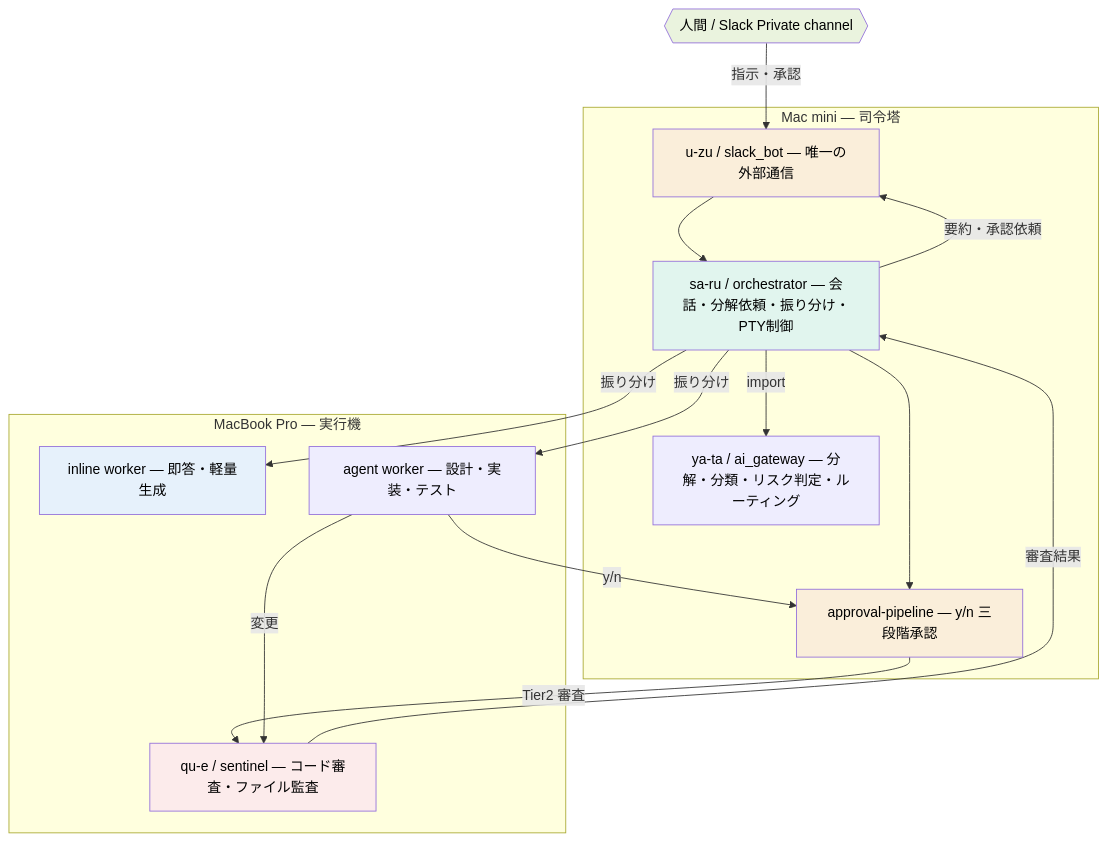
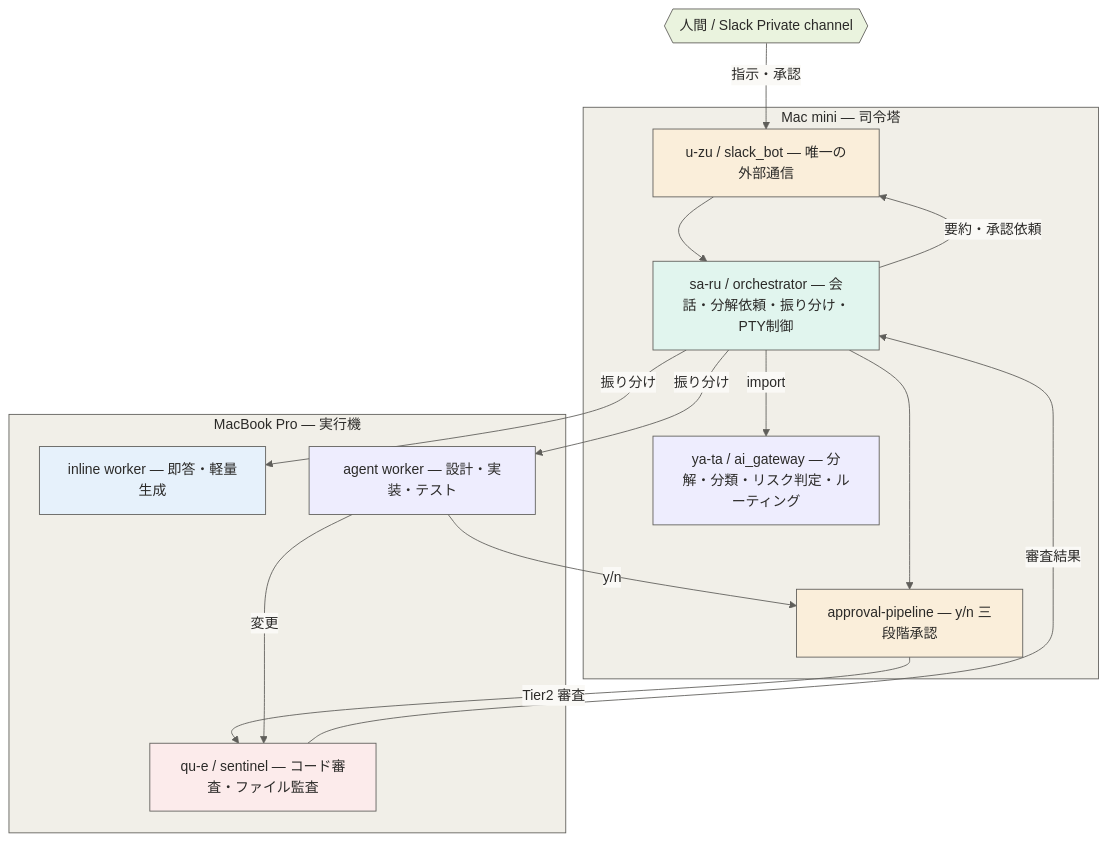
Before and after one commit to denkaishitsu/taka-ma: the diagram in README.md, drawn with Mermaid. The commit also changed 1 other file, not shown here.

Commit message:
Sync 2555f65: アーキテクチャ図の配色刷新（オフホワイト背景・意味別配色）

````diff
--- a/README.md
+++ b/README.md
@@ -70,38 +70,41 @@
 ```mermaid
+%%{init: {'theme':'base', 'themeVariables': {'background':'#FAF9F6','lineColor':'#5F5E5A','edgeLabelBackground':'#FAF9F6','primaryTextColor':'#2B2A28','fontFamily':'Hiragino Sans, Noto Sans JP, sans-serif','clusterBkg':'#F1EFE8','clusterBorder':'#5F5E5A'}}}%%
 graph TD
     H{{人間 / Slack Private channel}}
 
     subgraph mini["Mac mini — 司令塔"]
         U[u-zu / slack_bot — 唯一の外部通信]
         S[sa-ru / orchestrator — 会話・分解依頼・振り分け・PTY制御]
         Y[ya-ta / ai_gateway — 分解・分類・リスク判定・ルーティング]
         AP[approval-pipeline — y/n 三段階承認]
     end
 
     subgraph mbp["MacBook Pro — 実行機"]
         WL[inline worker — 即答・軽量生成]
         WH[agent worker — 設計・実装・テスト]
         Q[qu-e / sentinel — コード審査・ファイル監査]
     end
 
     H -->|指示・承認| U
     U --> S
     S -->|import| Y
     S -->|振り分け| WL
     S -->|振り分け| WH
     S --> AP
     WH -->|y/n| AP
     AP -->|Tier2 審査| Q
     WH -->|変更| Q
     Q -->|審査結果| S
     S -->|要約・承認依頼| U
 
-    style S fill:#E1F5EE,color:#000
-    style Y fill:#EEEDFE,color:#000
-    style WL fill:#E6F1FB,color:#000
-    style WH fill:#EEEDFE,color:#000
-    style Q fill:#FCEBEB,color:#000
-    style AP fill:#FAEEDA,color:#000
-    style U fill:#FAEEDA,color:#000
-    style H fill:#EAF3DE,color:#000
+    style S fill:#E1F5EE,color:#2B2A28,stroke:#5F5E5A
+    style Y fill:#EEEDFE,color:#2B2A28,stroke:#5F5E5A
+    style WL fill:#E6F1FB,color:#2B2A28,stroke:#5F5E5A
+    style WH fill:#EEEDFE,color:#2B2A28,stroke:#5F5E5A
+    style Q fill:#FCEBEB,color:#2B2A28,stroke:#5F5E5A
+    style AP fill:#FAEEDA,color:#2B2A28,stroke:#5F5E5A
+    style U fill:#FAEEDA,color:#2B2A28,stroke:#5F5E5A
+    style H fill:#EAF3DE,color:#2B2A28,stroke:#5F5E5A
+    style mini fill:#F1EFE8,color:#2B2A28,stroke:#5F5E5A
+    style mbp fill:#F1EFE8,color:#2B2A28,stroke:#5F5E5A
 ```
````
